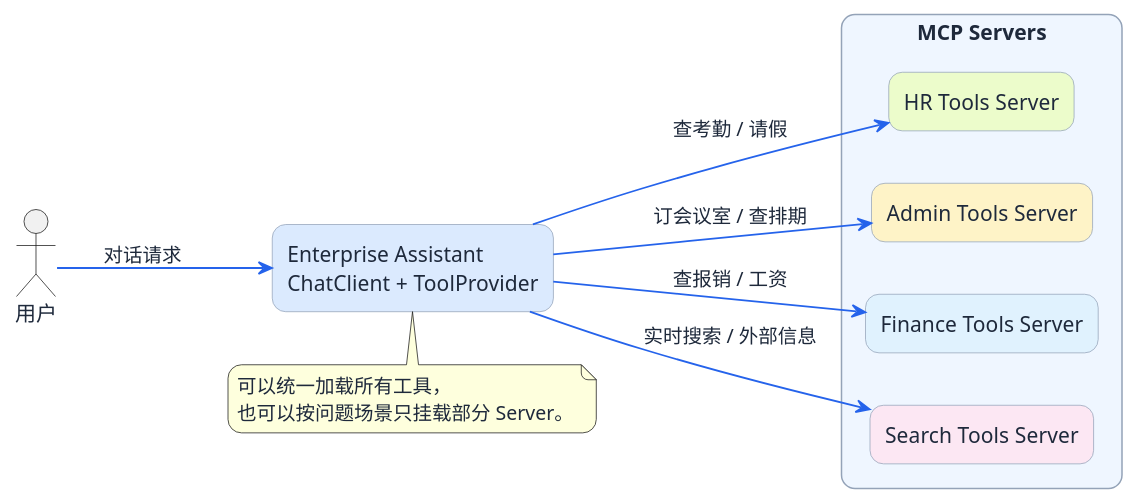
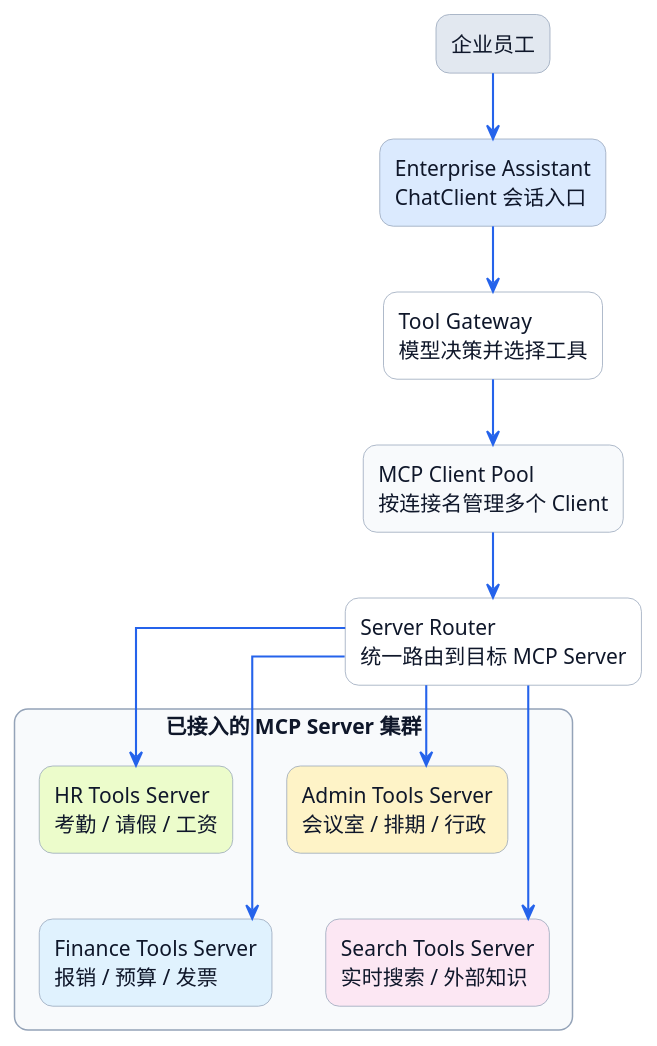
One commit to shining-stars-l/javaup changed the second of 2 diagrams in docs/55-超级智能体/25-MCP详细解析/06-Spring AI MCP客户端开发指南.md. Above: the diagram before and after it, drawn with PlantUML. The commit also changed other lines of this file and 14 other files, not shown here.

````diff
--- a/docs/55-超级智能体/25-MCP详细解析/06-Spring AI MCP客户端开发指南.md
+++ b/docs/55-超级智能体/25-MCP详细解析/06-Spring AI MCP客户端开发指南.md
@@ -512,38 +453,47 @@
-```plantuml title="企业智能助手接入多个 MCP Server" width="100%" align="left"
+```plantuml title="企业智能助手接入多个 MCP Server" width="70%" align="left"
 @startuml
-left to right direction
+top to bottom direction
 skinparam backgroundColor transparent
 skinparam shadowing false
-skinparam defaultFontColor #1E293B
+skinparam defaultFontColor #0F172A
 skinparam ArrowColor #2563EB
-skinparam ArrowThickness 1.2
+skinparam ArrowThickness 1.4
+skinparam linetype ortho
 skinparam packageStyle rectangle
 skinparam packageBorderColor #CBD5E1
 skinparam packageBackgroundColor #F8FAFC
 skinparam rectangleBorderColor #94A3B8
 skinparam rectangleBackgroundColor #FFFFFF
-skinparam RectangleFontColor #1E293B
+skinparam RectangleFontColor #0F172A
 skinparam RoundCorner 18
+skinparam nodesep 36
+skinparam ranksep 44
 
-actor 用户 as User
-rectangle "Enterprise Assistant\nChatClient + ToolProvider" as Assistant #DBEAFE
+rectangle "企业员工" as User #E2E8F0
+rectangle "Enterprise Assistant\nChatClient 会话入口" as Assistant #DBEAFE
+rectangle "Tool Gateway\n模型决策并选择工具" as Gateway #FFFFFF
+rectangle "MCP Client Pool\n按连接名管理多个 Client" as Pool #F8FAFC
+rectangle "Server Router\n统一路由到目标 MCP Server" as Router #FFFFFF
 
-package "MCP Servers" as Servers #EFF6FF {
-  rectangle "HR Tools Server" as Hr #ECFCCB
-  rectangle "Admin Tools Server" as Admin #FEF3C7
-  rectangle "Finance Tools Server" as Finance #E0F2FE
-  rectangle "Search Tools Server" as Search #FCE7F3
+package "已接入的 MCP Server 集群" as Cluster #F8FAFC {
+  rectangle "HR Tools Server\n考勤 / 请假 / 工资" as Hr #ECFCCB
+  rectangle "Admin Tools Server\n会议室 / 排期 / 行政" as Admin #FEF3C7
+  rectangle "Finance Tools Server\n报销 / 预算 / 发票" as Finance #E0F2FE
+  rectangle "Search Tools Server\n实时搜索 / 外部知识" as Search #FCE7F3
+
+  Hr -[hidden]right-> Admin
+  Hr -[hidden]down-> Finance
+  Finance -[hidden]right-> Search
 }
 
-User --> Assistant : 对话请求
-Assistant --> Hr : 查考勤 / 请假
-Assistant --> Admin : 订会议室 / 查排期
-Assistant --> Finance : 查报销 / 工资
-Assistant --> Search : 实时搜索 / 外部信息
+User -down-> Assistant
+Assistant -down-> Gateway
+Gateway -down-> Pool
+Pool -down-> Router
+Router --> Hr
+Router --> Admin
+Router --> Finance
+Router --> Search
 
-note bottom of Assistant
-可以统一加载所有工具，
-也可以按问题场景只挂载部分 Server。
-end note
 @enduml
 ```
````
